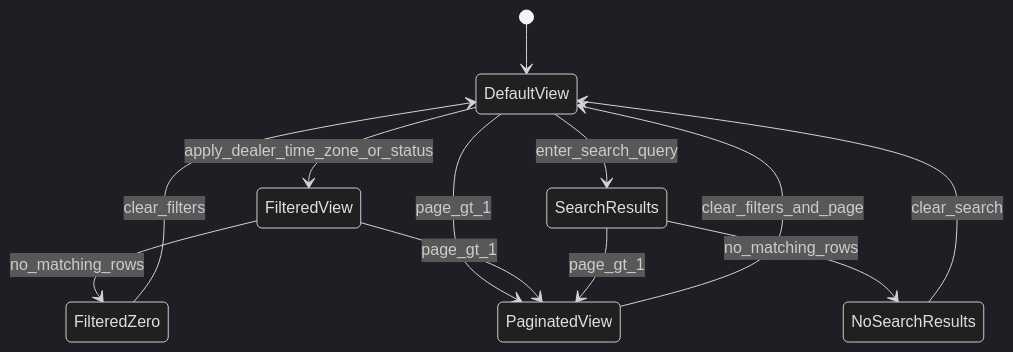
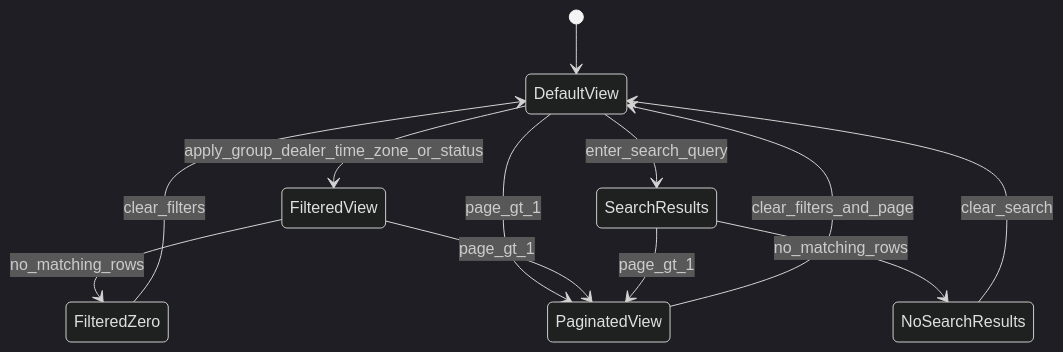
One commit to mayankikon/retention-os changed the diagram in docs/flows/campaign-list-view.md. Above: the diagram before and after it, drawn with Mermaid (dark theme). The commit also changed other lines of this file and 37 other files, not shown here.

````diff
--- a/docs/flows/campaign-list-view.md
+++ b/docs/flows/campaign-list-view.md
@@ -5,14 +5,14 @@
 ```mermaid
 stateDiagram-v2
   [*] --> DefaultView
-  DefaultView --> FilteredView: apply_dealer_time_zone_or_status
+  DefaultView --> FilteredView: apply_group_dealer_time_zone_or_status
   DefaultView --> SearchResults: enter_search_query
   FilteredView --> FilteredZero: no_matching_rows
   SearchResults --> NoSearchResults: no_matching_rows
   DefaultView --> PaginatedView: page_gt_1
   FilteredView --> PaginatedView: page_gt_1
   SearchResults --> PaginatedView: page_gt_1
   FilteredZero --> DefaultView: clear_filters
   NoSearchResults --> DefaultView: clear_search
   PaginatedView --> DefaultView: clear_filters_and_page
 ```
````
